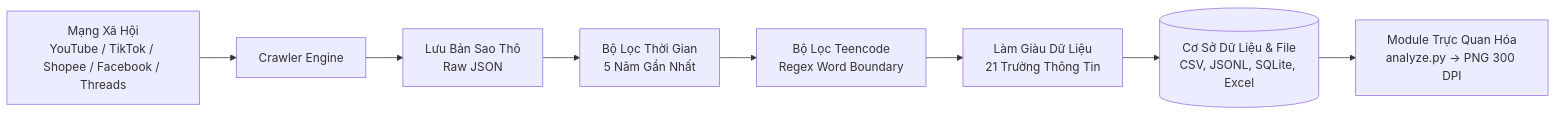
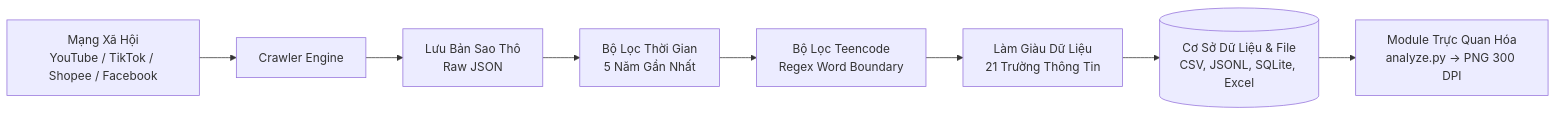
One commit to AuNguyen365/Nhiem_vu_18 changed the diagram in README.md. Above: the diagram before and after it, drawn with Mermaid. The commit also changed other lines of this file and 8 other files, not shown here.

````diff
--- a/README.md
+++ b/README.md
@@ -52,10 +52,10 @@
 ```mermaid
 graph LR
-    A[Mạng Xã Hội<br>YouTube / TikTok / Shopee / Facebook / Threads] --> B[Crawler Engine]
+    A[Mạng Xã Hội<br>YouTube / TikTok / Shopee / Facebook] --> B[Crawler Engine]
     B --> C[Lưu Bản Sao Thô<br>Raw JSON]
     C --> D[Bộ Lọc Thời Gian<br>5 Năm Gần Nhất]
     D --> E[Bộ Lọc Teencode<br>Regex Word Boundary]
     E --> F[Làm Giàu Dữ Liệu<br>21 Trường Thông Tin]
     F --> G[(Cơ Sở Dữ Liệu & File<br>CSV, JSONL, SQLite, Excel)]
     G --> H[Module Trực Quan Hóa<br>analyze.py -> PNG 300 DPI]
 ```
````
